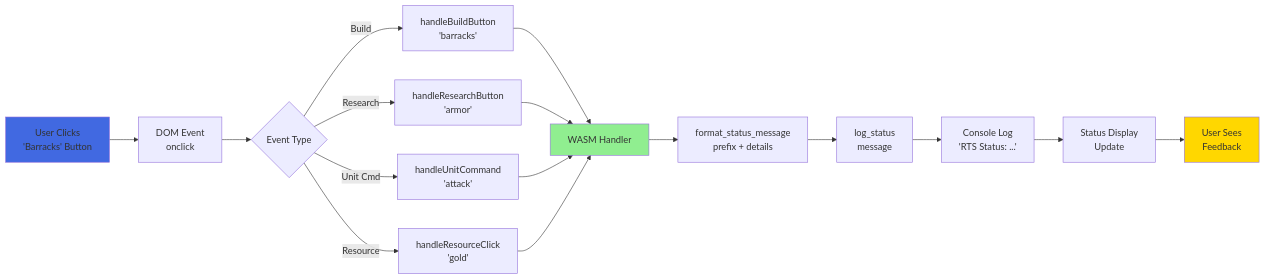
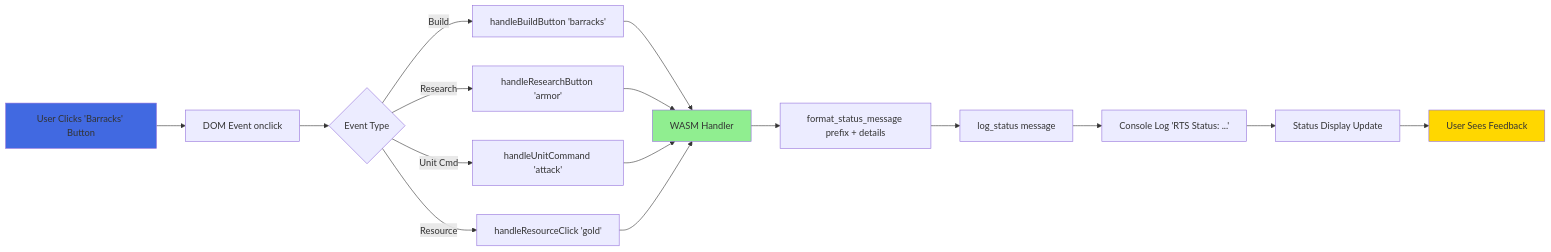
The second of 10 diagrams in wiki/Data-Flow.md (softwarewrighter/rts_mock), drawn with Mermaid before and after one commit. The commit also changed other lines of this file and 5 other files, not shown here.

First line of the commit message:
Fix wiki Mermaid diagrams: remove <br/> tags

````diff
--- a/wiki/Data-Flow.md
+++ b/wiki/Data-Flow.md
@@ -68,24 +68,24 @@
 ```mermaid
 flowchart LR
-    A[User Clicks<br/>'Barracks' Button] --> B[DOM Event<br/>onclick]
+    A[User Clicks 'Barracks' Button] --> B[DOM Event onclick]
     B --> C{Event Type}
-    C -->|Build| D[handleBuildButton<br/>'barracks']
-    C -->|Research| E[handleResearchButton<br/>'armor']
-    C -->|Unit Cmd| F[handleUnitCommand<br/>'attack']
-    C -->|Resource| G[handleResourceClick<br/>'gold']
+    C -->|Build| D[handleBuildButton 'barracks']
+    C -->|Research| E[handleResearchButton 'armor']
+    C -->|Unit Cmd| F[handleUnitCommand 'attack']
+    C -->|Resource| G[handleResourceClick 'gold']
 
     D --> H[WASM Handler]
     E --> H
     F --> H
     G --> H
 
-    H --> I[format_status_message<br/>prefix + details]
-    I --> J[log_status<br/>message]
-    J --> K[Console Log<br/>'RTS Status: ...']
-    K --> L[Status Display<br/>Update]
-    L --> M[User Sees<br/>Feedback]
+    H --> I[format_status_message prefix + details]
+    I --> J[log_status message]
+    J --> K[Console Log 'RTS Status: ...']
+    K --> L[Status Display Update]
+    L --> M[User Sees Feedback]
 
     style A fill:#4169E1
     style H fill:#90EE90
     style M fill:#FFD700
 ```
````
